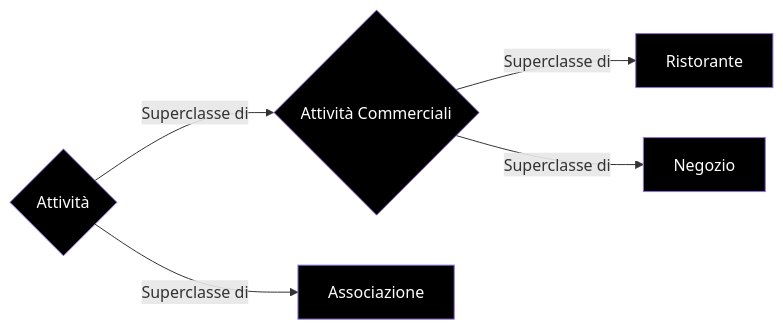
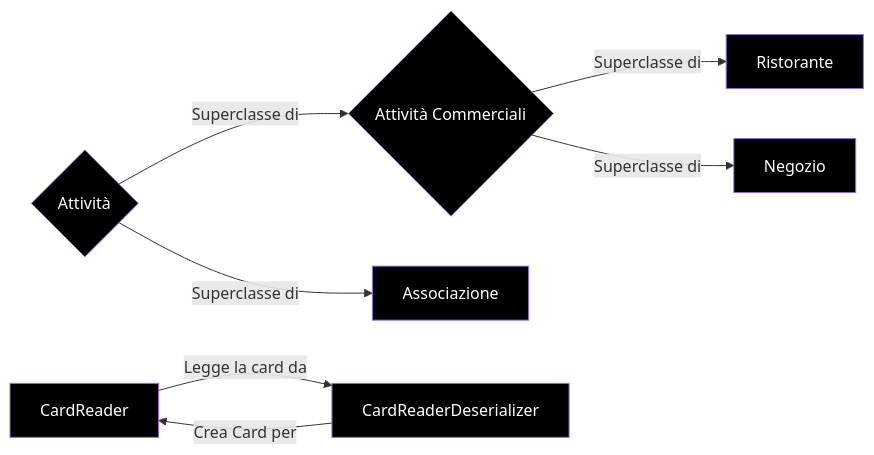
The diagram in Appunti LMP/MOD I/Esercizi/Esercizio 1 - CardReader.md (francosalvucci14/Appunti-II-anno), drawn with Mermaid before and after one commit. The commit also changed other lines of this file and 1 other file, not shown here.

Commit message:
vault backup: 2023-01-11 16:38:50

````diff
--- a/Appunti LMP/MOD I/Esercizi/Esercizio 1 - CardReader.md
+++ b/Appunti LMP/MOD I/Esercizi/Esercizio 1 - CardReader.md
@@ -8,17 +8,24 @@
 ```mermaid
 graph LR
 	A{Attività}
 	B{Attività Commerciali}
 	C[Associazione]
 	D[Ristorante]
 	E[Negozio]
+	F[CardReader]
+	G[CardReaderDeserializer]
 	
 	style A fill:black, color:#fff
 	style B fill:black, color:#fff
 	style C fill:black, color:#fff
 	style D fill:black, color:#fff
 	style E fill:black, color:#fff
+	style F fill:black, color:#fff
+	style G fill:black, color:#fff
 	
 	A-- Superclasse di -->B & C
-	B--Superclasse di -->D & E
+	B-- Superclasse di -->D & E
+	G-- Crea Card per -->F
+	F-- Legge la card da -->G
+	
 ```
````
